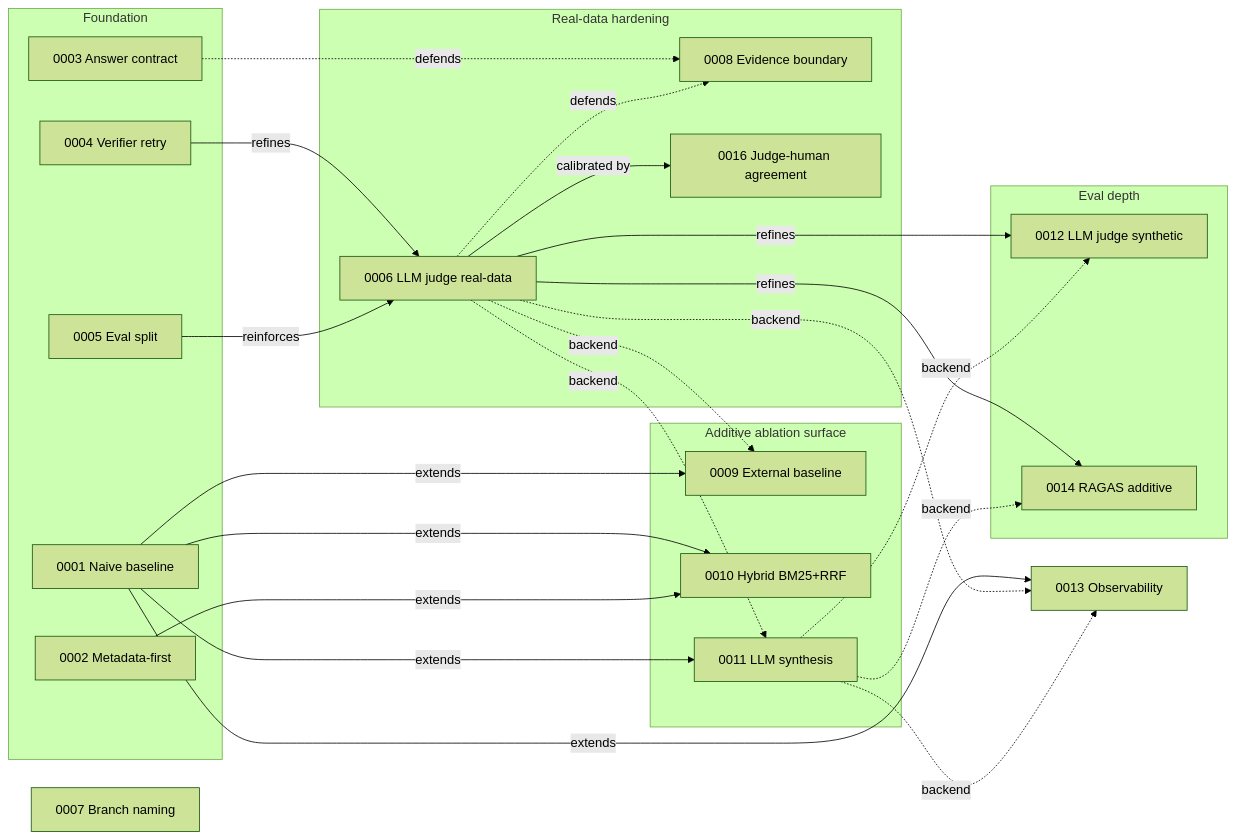
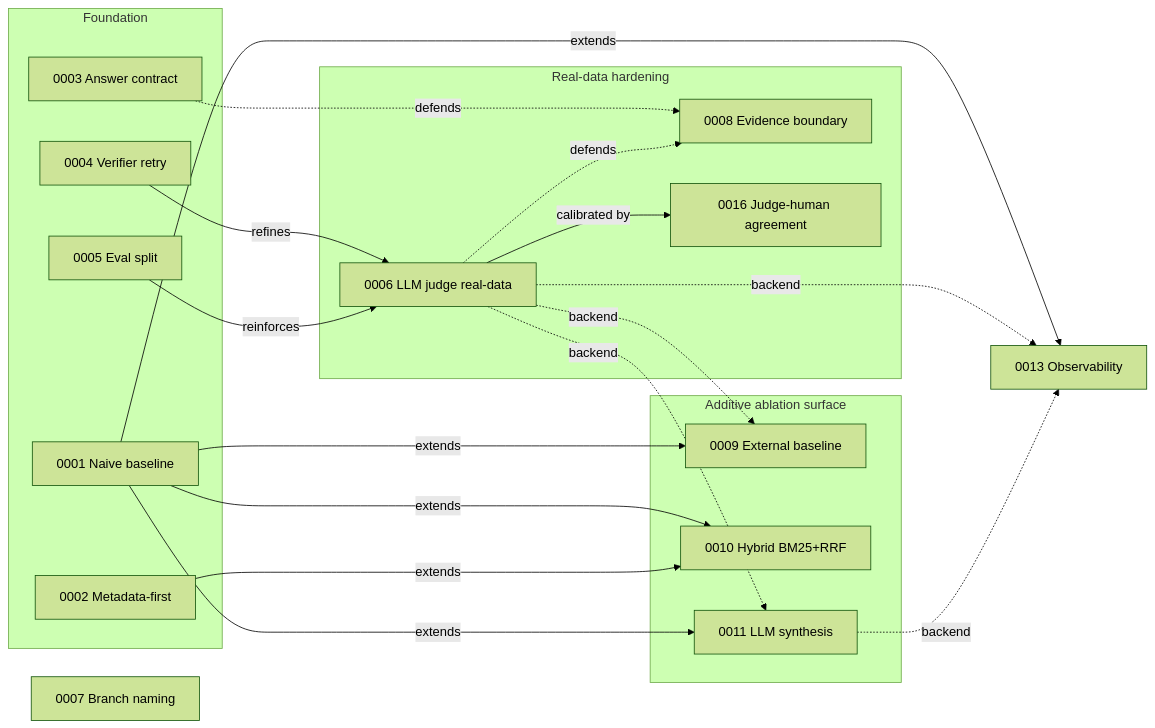
Before and after one commit to hskim-solv/BidMate-DocAgent: the diagram in docs/adr/README.md, drawn with Mermaid (forest theme). The commit also changed other lines of this file and 372 other files, not shown here.

First line of the commit message:
Remove public synthetic eval surface

````diff
--- a/docs/adr/README.md
+++ b/docs/adr/README.md
@@ -313,53 +312,44 @@
 ```mermaid
 graph LR
   subgraph Foundation
     A1[0001 Naive baseline]
     A2[0002 Metadata-first]
     A3[0003 Answer contract]
     A4[0004 Verifier retry]
     A5[0005 Eval split]
   end
 
   A7[0007 Branch naming]
 
   subgraph Real-data hardening
     A6[0006 LLM judge real-data]
     A8[0008 Evidence boundary]
     A16[0016 Judge-human agreement]
   end
 
   subgraph Additive ablation surface
     A9[0009 External baseline]
     A10[0010 Hybrid BM25+RRF]
     A11[0011 LLM synthesis]
   end
 
-  subgraph Eval depth
-    A12[0012 LLM judge synthetic]
-    A14[0014 RAGAS additive]
-  end
-
   A13[0013 Observability]
 
   A4 -- refines --> A6
   A5 -- reinforces --> A6
   A3 -. defends .-> A8
   A6 -. defends .-> A8
 
   A1 -- extends --> A9
   A1 -- extends --> A10
   A2 -- extends --> A10
   A1 -- extends --> A11
   A1 -- extends --> A13
 
-  A6 -- refines --> A12
-  A6 -- refines --> A14
   A6 -- calibrated by --> A16
 
   A6 -. backend .-> A9
   A6 -. backend .-> A11
   A6 -. backend .-> A13
-  A11 -. backend .-> A12
   A11 -. backend .-> A13
-  A11 -. backend .-> A14
 ```
````
